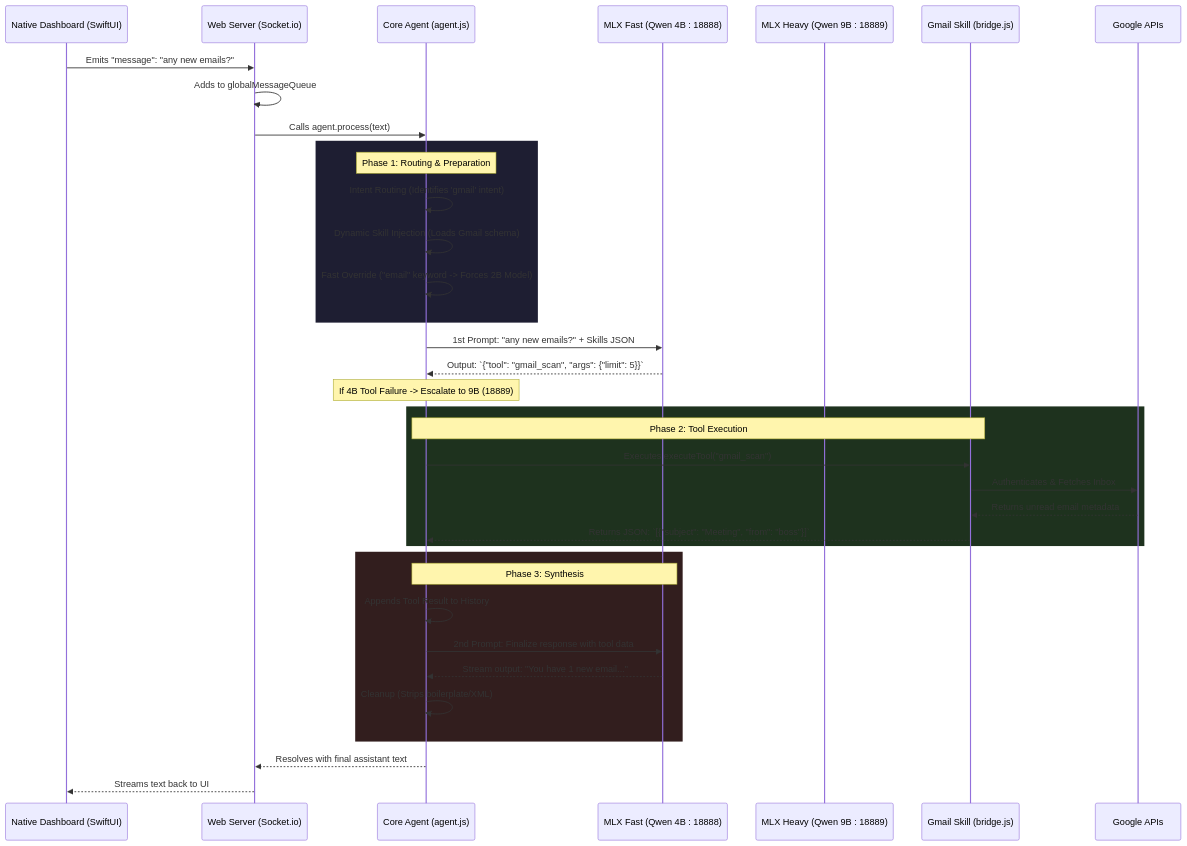
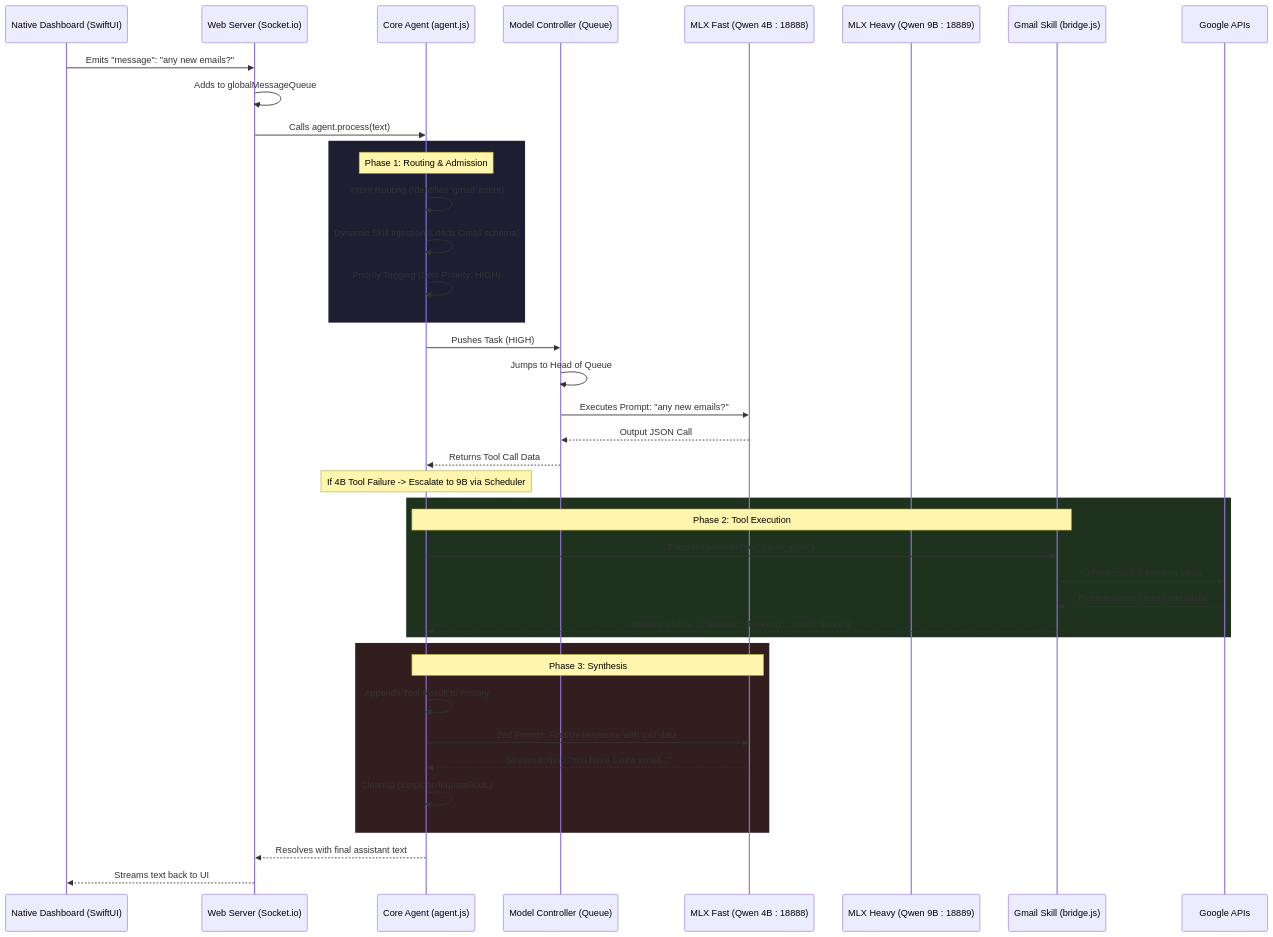
The diagram in docs/PROMETHEUS_LOGIC_FLOW.md (devonbot26/prometheus), drawn with Mermaid before and after one commit. The commit also changed 46 other files, not shown here.

````diff
--- a/docs/PROMETHEUS_LOGIC_FLOW.md
+++ b/docs/PROMETHEUS_LOGIC_FLOW.md
@@ -7,45 +7,49 @@
 ```mermaid
 sequenceDiagram
     participant User as Native Dashboard (SwiftUI)
     participant WS as Web Server (Socket.io)
     participant Agent as Core Agent (agent.js)
+    participant Scheduler as Model Controller (Queue)
     participant FastLLM as MLX Fast (Qwen 4B : 18888)
     participant HeavyLLM as MLX Heavy (Qwen 9B : 18889)
     participant Skill as Gmail Skill (bridge.js)
     participant Google as Google APIs
 
     User->>WS: Emits "message": "any new emails?"
     WS->>WS: Adds to globalMessageQueue
     WS->>Agent: Calls agent.process(text)
     
     rect rgb(30, 30, 50)
-        Note over Agent: Phase 1: Routing & Preparation
+        Note over Agent: Phase 1: Routing & Admission
         Agent->>Agent: Intent Routing (Identifies 'gmail' intent)
         Agent->>Agent: Dynamic Skill Injection (Loads Gmail schema)
-        Agent->>Agent: Fast Override ("email" keyword -> Forces 2B Model)
+        Agent->>Agent: Priority Tagging (Sets Priority: HIGH)
     end
+
+    Agent->>Scheduler: Pushes Task (HIGH)
+    Scheduler->>Scheduler: Jumps to Head of Queue
+    Scheduler->>FastLLM: Executes Prompt: "any new emails?"
+    FastLLM-->>Scheduler: Output JSON Call
+    Scheduler-->>Agent: Returns Tool Call Data
     
-    Agent->>FastLLM: 1st Prompt: "any new emails?" + Skills JSON
-    FastLLM-->>Agent: Output: `{"tool": "gmail_scan", "args": {"limit": 5}}`
-    
-    note over Agent: If 4B Tool Failure -> Escalate to 9B (18889)
+    note over Agent: If 4B Tool Failure -> Escalate to 9B via Scheduler
     
     rect rgb(30, 50, 30)
         Note over Agent, Skill: Phase 2: Tool Execution
         Agent->>Skill: Executes executeTool("gmail_scan")
         Skill->>Google: Authenticates & Fetches Inbox
         Google-->>Skill: Returns unread email metadata
         Skill-->>Agent: Returns JSON: `[{"subject": "Meeting", "from": "boss"}]`
     end
     
     rect rgb(50, 30, 30)
         Note over Agent, FastLLM: Phase 3: Synthesis
         Agent->>Agent: Appends Tool Result to History
         Agent->>FastLLM: 2nd Prompt: Finalize response with tool data
         FastLLM-->>Agent: Stream output: "You have 1 new email..."
         Agent->>Agent: Cleanup (Strips boilerplate/XML)
     end
     
     Agent-->>WS: Resolves with final assistant text
     WS-->>User: Streams text back to UI
 ```
````
